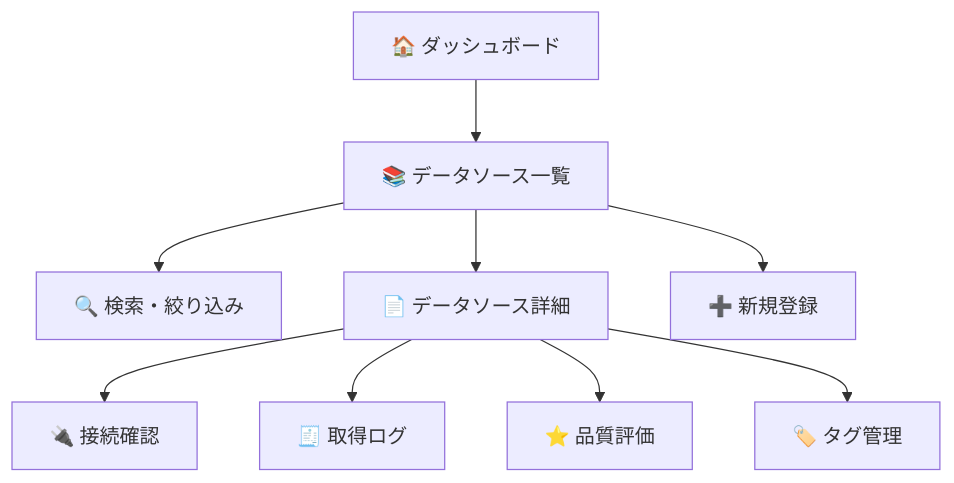
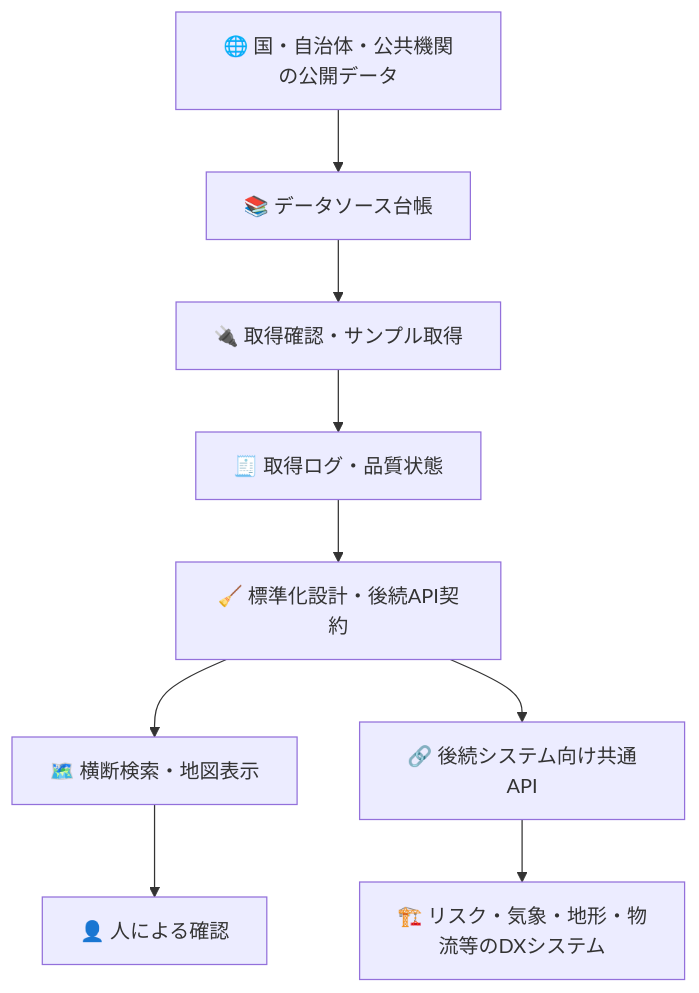
One commit to Kensan196948G/Civil-Open-Data-Intelligence-Platform changed the first of 3 diagrams in README.md. Above: the diagram before and after it, drawn with Mermaid. The commit also changed other lines of this file and 143 other files, not shown here.

````diff
--- a/README.md
+++ b/README.md
@@ -179,11 +21,11 @@
 ```mermaid
 flowchart TD
-    A["🏠 ダッシュボード"] --> B["📚 データソース一覧"]
-    B --> C["🔍 検索・絞り込み"]
-    B --> D["📄 データソース詳細"]
-    D --> E["🔌 接続確認"]
-    D --> F["🧾 取得ログ"]
-    D --> G["⭐ 品質評価"]
-    D --> H["🏷️ タグ管理"]
-    B --> I["➕ 新規登録"]
+    A["🌐 国・自治体・公共機関の公開データ"] --> B["📚 データソース台帳"]
+    B --> C["🔌 取得確認・サンプル取得"]
+    C --> D["🧾 取得ログ・品質状態"]
+    D --> E["🧹 標準化設計・後続API契約"]
+    E --> F["🗺️ 横断検索・地図表示"]
+    E --> G["🔗 後続システム向け共通API"]
+    F --> H["👤 人による確認"]
+    G --> I["🏗️ リスク・気象・地形・物流等のDXシステム"]
 ```
````
